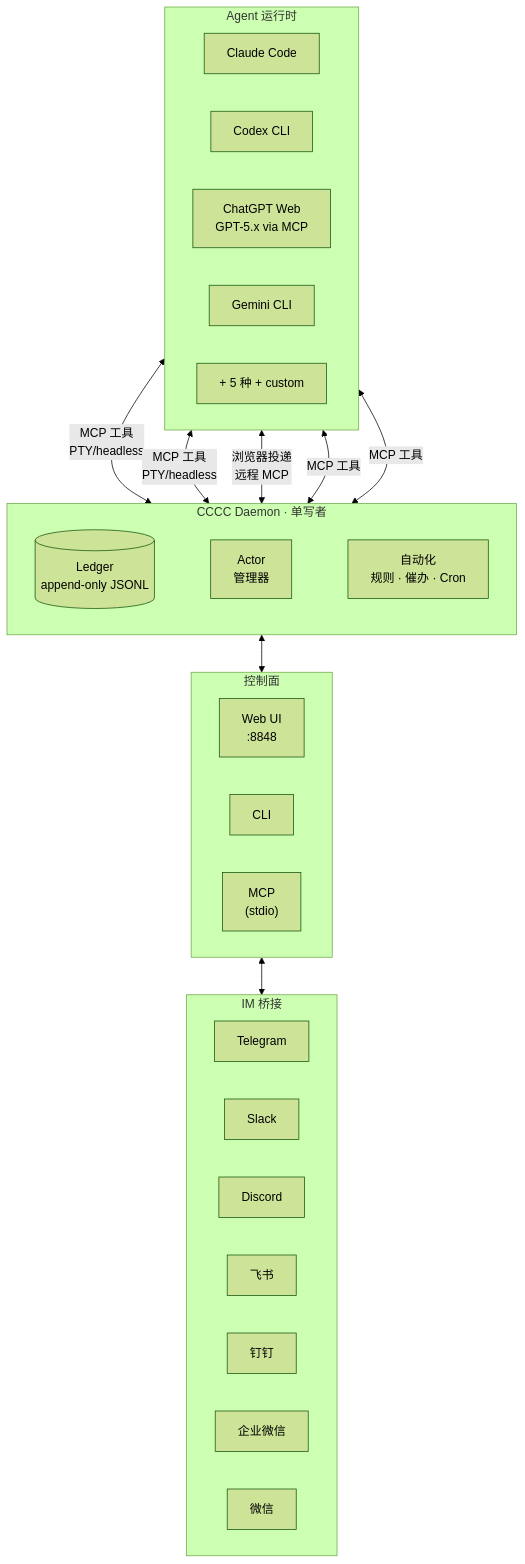
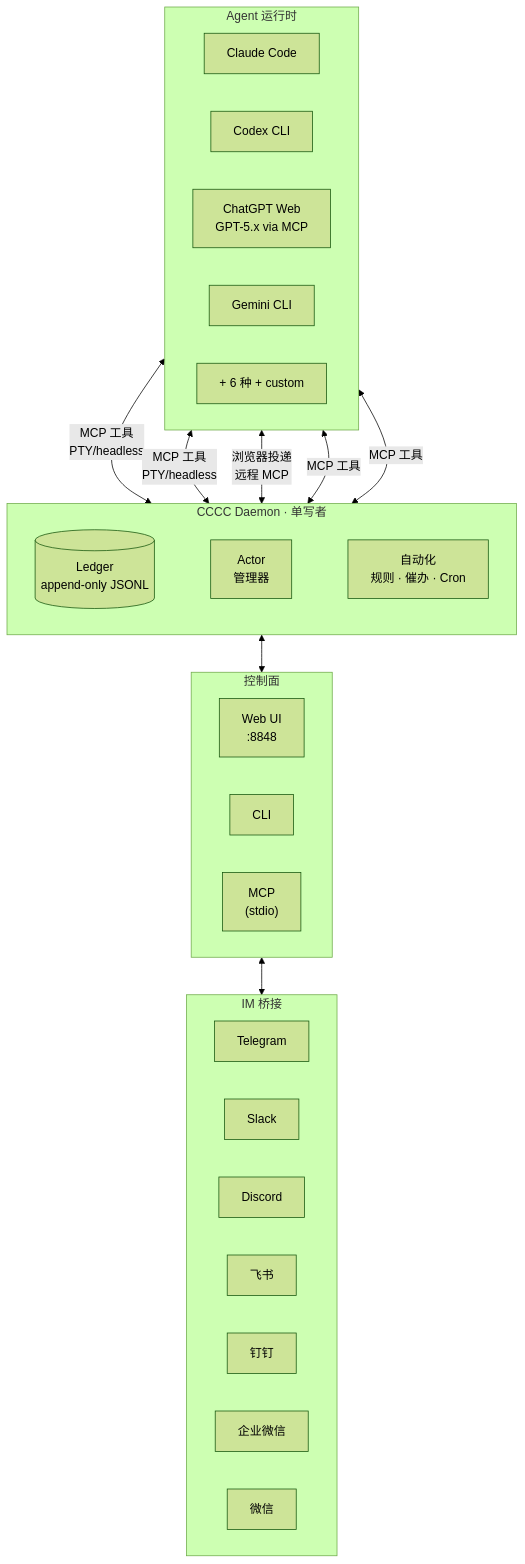
Before and after one commit to ChesterRa/cccc: the diagram in README.zh-CN.md, drawn with Mermaid (forest theme). The commit also changed other lines of this file and 25 other files, not shown here.

````diff
--- a/README.zh-CN.md
+++ b/README.zh-CN.md
@@ -136,46 +136,46 @@
 ```mermaid
 graph TB
     subgraph Agents["Agent 运行时"]
         direction LR
         A1["Claude Code"]
         A2["Codex CLI"]
         A3["ChatGPT Web<br/>GPT-5.x via MCP"]
         A4["Gemini CLI"]
-        A5["+ 5 种 + custom"]
+        A5["+ 6 种 + custom"]
     end
 
     subgraph Daemon["CCCC Daemon · 单写者"]
         direction LR
         Ledger[("Ledger<br/>append-only JSONL")]
         ActorMgr["Actor<br/>管理器"]
         Auto["自动化<br/>规则 · 催办 · Cron"]
         Ledger ~~~ ActorMgr ~~~ Auto
     end
 
     subgraph Ports["控制面"]
         direction LR
         Web["Web UI<br/>:8848"]
         CLI["CLI"]
         MCP["MCP<br/>(stdio)"]
     end
 
     subgraph IM["IM 桥接"]
         direction LR
         TG["Telegram"]
         SL["Slack"]
         DC["Discord"]
         FS["飞书"]
         DT["钉钉"]
         WC["企业微信"]
         WX["微信"]
     end
 
     A1 <-->|MCP 工具<br/>PTY/headless| Daemon
     A2 <-->|MCP 工具<br/>PTY/headless| Daemon
     A3 <-->|浏览器投递<br/>远程 MCP| Daemon
     A4 <-->|MCP 工具| Daemon
     A5 <-->|MCP 工具| Daemon
     Daemon <--> Ports
     Web <--> IM
 
 ```
````
